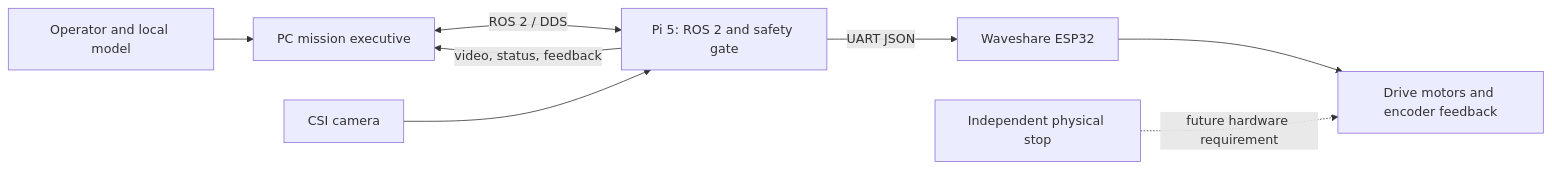
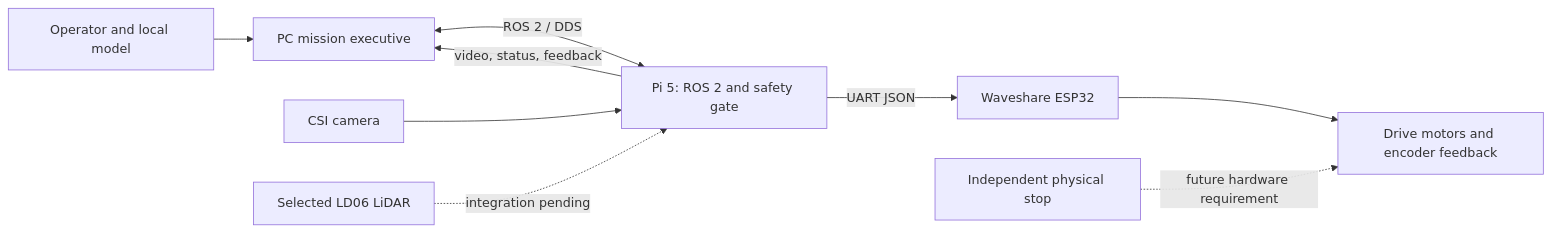
The diagram in README.md (Dogmans/rover), drawn with Mermaid before and after one commit. The commit also changed other lines of this file and 19 other files, not shown here.

````diff
--- a/README.md
+++ b/README.md
@@ -13,10 +19,11 @@
 ```mermaid
 flowchart LR
 	Operator[Operator and local model] --> Mission[PC mission executive]
 	Mission <-->|ROS 2 / DDS| Pi[Pi 5: ROS 2 and safety gate]
 	Camera[CSI camera] --> Pi
+	Lidar[Selected LD06 LiDAR] -. integration pending .-> Pi
 	Pi -->|UART JSON| ESP[Waveshare ESP32]
 	ESP --> Motors[Drive motors and encoder feedback]
 	Pi -->|video, status, feedback| Mission
 	Safety[Independent physical stop] -. future hardware requirement .-> Motors
 ```
````
